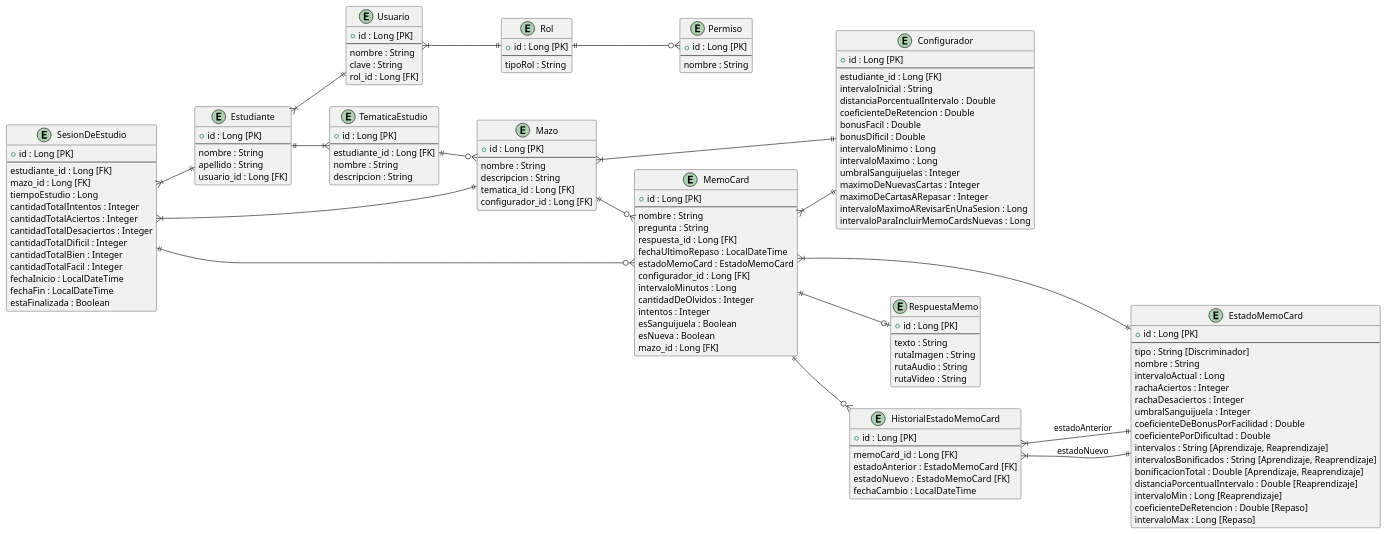
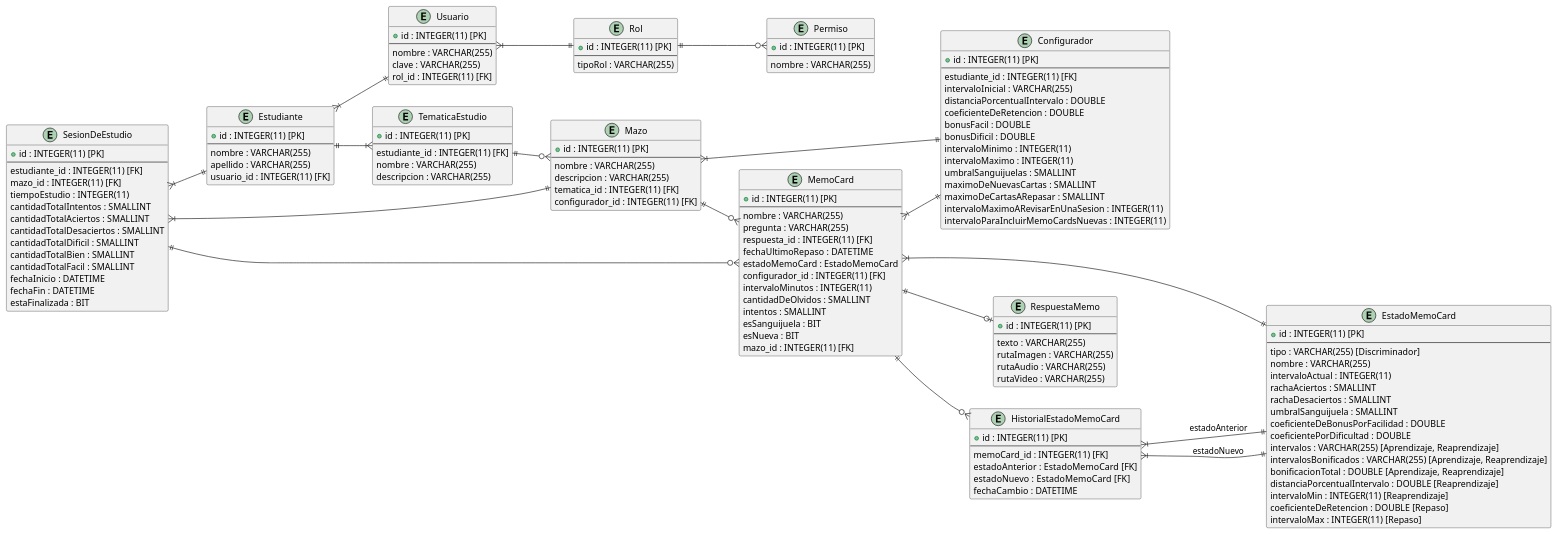
Before and after one commit to nehuen-b-a/MemoCards: the diagram in documentation/diagrams/DiagramaDeEntidadRelacion.puml, drawn with PlantUML.

Commit message:
documentation: cambio los tipos de datos del DER

```diff
--- a/documentation/diagrams/DiagramaDeEntidadRelacion.puml
+++ b/documentation/diagrams/DiagramaDeEntidadRelacion.puml
@@ -1,158 +1,158 @@
 @startuml
 left to right direction
 
 ' Entidades principales
 entity Usuario {
-    + id : Long [PK]
+    + id : INTEGER(11) [PK]
     --
-    nombre : String
-    clave : String
-    rol_id : Long [FK]
+    nombre : VARCHAR(255)
+    clave : VARCHAR(255)
+    rol_id : INTEGER(11) [FK]
 }
 
 entity Rol {
-    + id : Long [PK]
+    + id : INTEGER(11) [PK]
     --
-    tipoRol : String
+    tipoRol : VARCHAR(255)
 }
 
 entity Permiso {
-    + id : Long [PK]
+    + id : INTEGER(11) [PK]
     --
-    nombre : String
+    nombre : VARCHAR(255)
 }
 
 entity Estudiante {
-    + id : Long [PK]
+    + id : INTEGER(11) [PK]
     --
-    nombre : String
-    apellido : String
-    usuario_id : Long [FK]
+    nombre : VARCHAR(255)
+    apellido : VARCHAR(255)
+    usuario_id : INTEGER(11) [FK]
 }
 
 entity TematicaEstudio {
-    + id : Long [PK]
+    + id : INTEGER(11) [PK]
     --
-    estudiante_id : Long [FK]
-    nombre : String
-    descripcion : String
+    estudiante_id : INTEGER(11) [FK]
+    nombre : VARCHAR(255)
+    descripcion : VARCHAR(255)
 }
 
 entity Mazo {
-    + id : Long [PK]
+    + id : INTEGER(11) [PK]
     --
-    nombre : String
-    descripcion : String
-    tematica_id : Long [FK]
-    configurador_id : Long [FK]
+    nombre : VARCHAR(255)
+    descripcion : VARCHAR(255)
+    tematica_id : INTEGER(11) [FK]
+    configurador_id : INTEGER(11) [FK]
 }
 
 entity Configurador {
-    + id : Long [PK]
+    + id : INTEGER(11) [PK]
     --
-    estudiante_id : Long [FK]
-    intervaloInicial : String
-    distanciaPorcentualIntervalo : Double
-    coeficienteDeRetencion : Double
-    bonusFacil : Double
-    bonusDificil : Double
-    intervaloMinimo : Long
-    intervaloMaximo : Long
-    umbralSanguijuelas : Integer
-    maximoDeNuevasCartas : Integer
-    maximoDeCartasARepasar : Integer
-    intervaloMaximoARevisarEnUnaSesion : Long
-    intervaloParaIncluirMemoCardsNuevas : Long
+    estudiante_id : INTEGER(11) [FK]
+    intervaloInicial : VARCHAR(255)
+    distanciaPorcentualIntervalo : DOUBLE
+    coeficienteDeRetencion : DOUBLE
+    bonusFacil : DOUBLE
+    bonusDificil : DOUBLE
+    intervaloMinimo : INTEGER(11)
+    intervaloMaximo : INTEGER(11)
+    umbralSanguijuelas : SMALLINT
+    maximoDeNuevasCartas : SMALLINT
+    maximoDeCartasARepasar : SMALLINT
+    intervaloMaximoARevisarEnUnaSesion : INTEGER(11)
+    intervaloParaIncluirMemoCardsNuevas : INTEGER(11)
 }
 
 entity MemoCard {
-    + id : Long [PK]
+    + id : INTEGER(11) [PK]
     --
-    nombre : String
-    pregunta : String
-    respuesta_id : Long [FK]
-    fechaUltimoRepaso : LocalDateTime
+    nombre : VARCHAR(255)
+    pregunta : VARCHAR(255)
+    respuesta_id : INTEGER(11) [FK]
+    fechaUltimoRepaso : DATETIME
     estadoMemoCard : EstadoMemoCard
-    configurador_id : Long [FK]
-    intervaloMinutos : Long
-    cantidadDeOlvidos : Integer
-    intentos : Integer
-    esSanguijuela : Boolean
-    esNueva : Boolean
-    mazo_id : Long [FK]
+    configurador_id : INTEGER(11) [FK]
+    intervaloMinutos : INTEGER(11)
+    cantidadDeOlvidos : SMALLINT
+    intentos : SMALLINT
+    esSanguijuela : BIT
+    esNueva : BIT
+    mazo_id : INTEGER(11) [FK]
 }
 
 entity EstadoMemoCard {
-    + id : Long [PK]
+    + id : INTEGER(11) [PK]
     --
-    tipo : String [Discriminador]
-    nombre : String
-    intervaloActual : Long
-    rachaAciertos : Integer
-    rachaDesaciertos : Integer
-    umbralSanguijuela : Integer
-    coeficienteDeBonusPorFacilidad : Double
-    coeficientePorDificultad : Double
-    intervalos : String [Aprendizaje, Reaprendizaje]
-    intervalosBonificados : String [Aprendizaje, Reaprendizaje]
-    bonificacionTotal : Double [Aprendizaje, Reaprendizaje]
-    distanciaPorcentualIntervalo : Double [Reaprendizaje]
-    intervaloMin : Long [Reaprendizaje]
-    coeficienteDeRetencion : Double [Repaso]
-    intervaloMax : Long [Repaso]
+    tipo : VARCHAR(255) [Discriminador]
+    nombre : VARCHAR(255)
+    intervaloActual : INTEGER(11)
+    rachaAciertos : SMALLINT
+    rachaDesaciertos : SMALLINT
+    umbralSanguijuela : SMALLINT
+    coeficienteDeBonusPorFacilidad : DOUBLE
+    coeficientePorDificultad : DOUBLE
+    intervalos : VARCHAR(255) [Aprendizaje, Reaprendizaje]
+    intervalosBonificados : VARCHAR(255) [Aprendizaje, Reaprendizaje]
+    bonificacionTotal : DOUBLE [Aprendizaje, Reaprendizaje]
+    distanciaPorcentualIntervalo : DOUBLE [Reaprendizaje]
+    intervaloMin : INTEGER(11) [Reaprendizaje]
+    coeficienteDeRetencion : DOUBLE [Repaso]
+    intervaloMax : INTEGER(11) [Repaso]
 }
 
 entity RespuestaMemo {
-    + id : Long [PK]
+    + id : INTEGER(11) [PK]
     --
-    texto : String
-    rutaImagen : String
-    rutaAudio : String
-    rutaVideo : String
+    texto : VARCHAR(255)
+    rutaImagen : VARCHAR(255)
+    rutaAudio : VARCHAR(255)
+    rutaVideo : VARCHAR(255)
 }
 
 entity SesionDeEstudio {
-    + id : Long [PK]
+    + id : INTEGER(11) [PK]
     --
-    estudiante_id : Long [FK]
-    mazo_id : Long [FK]
-    tiempoEstudio : Long
-    cantidadTotalIntentos : Integer
-    cantidadTotalAciertos : Integer
-    cantidadTotalDesaciertos : Integer
-    cantidadTotalDificil : Integer
-    cantidadTotalBien : Integer
-    cantidadTotalFacil : Integer
-    fechaInicio : LocalDateTime
-    fechaFin : LocalDateTime
-    estaFinalizada : Boolean
+    estudiante_id : INTEGER(11) [FK]
+    mazo_id : INTEGER(11) [FK]
+    tiempoEstudio : INTEGER(11)
+    cantidadTotalIntentos : SMALLINT
+    cantidadTotalAciertos : SMALLINT
+    cantidadTotalDesaciertos : SMALLINT
+    cantidadTotalDificil : SMALLINT
+    cantidadTotalBien : SMALLINT
+    cantidadTotalFacil : SMALLINT
+    fechaInicio : DATETIME
+    fechaFin : DATETIME
+    estaFinalizada : BIT
 }
 
 entity HistorialEstadoMemoCard {
-    + id : Long [PK]
+    + id : INTEGER(11) [PK]
     --
-    memoCard_id : Long [FK]
+    memoCard_id : INTEGER(11) [FK]
     estadoAnterior : EstadoMemoCard  [FK]
     estadoNuevo : EstadoMemoCard  [FK]
-    fechaCambio : LocalDateTime
+    fechaCambio : DATETIME
 }
 
 ' Relaciones
 Usuario }|--|| Rol
 Rol ||--o{ Permiso
 Estudiante }|--|| Usuario
 Estudiante ||--|{ TematicaEstudio
 TematicaEstudio ||--o{ Mazo
 Mazo }|--|| Configurador
 Mazo ||--o{ MemoCard
 MemoCard ||--o| RespuestaMemo
 MemoCard }|--|| Configurador
 MemoCard ||--o{ HistorialEstadoMemoCard
 MemoCard }|--|| EstadoMemoCard
 HistorialEstadoMemoCard }|--|| EstadoMemoCard : estadoAnterior
 HistorialEstadoMemoCard }|--|| EstadoMemoCard : estadoNuevo
 SesionDeEstudio }|--|| Estudiante
 SesionDeEstudio }|--|| Mazo
 SesionDeEstudio ||--o{ MemoCard
 
 @enduml
```
